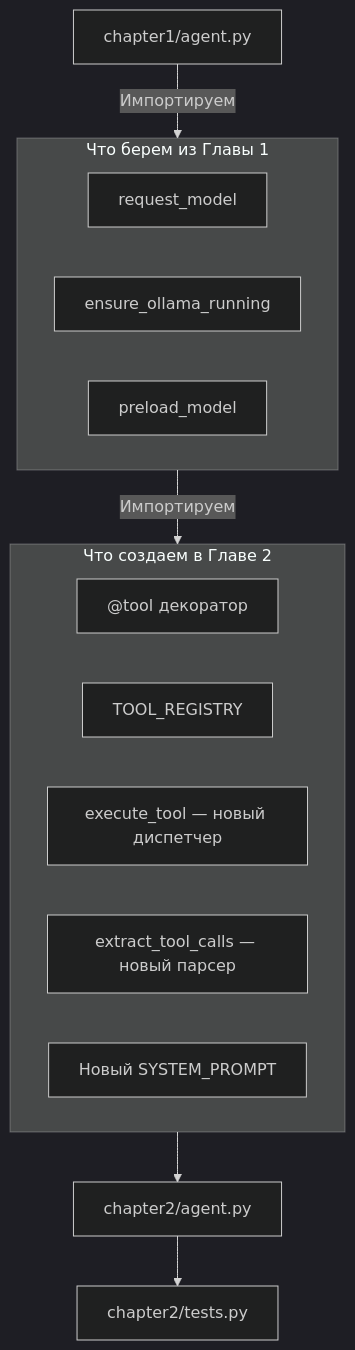
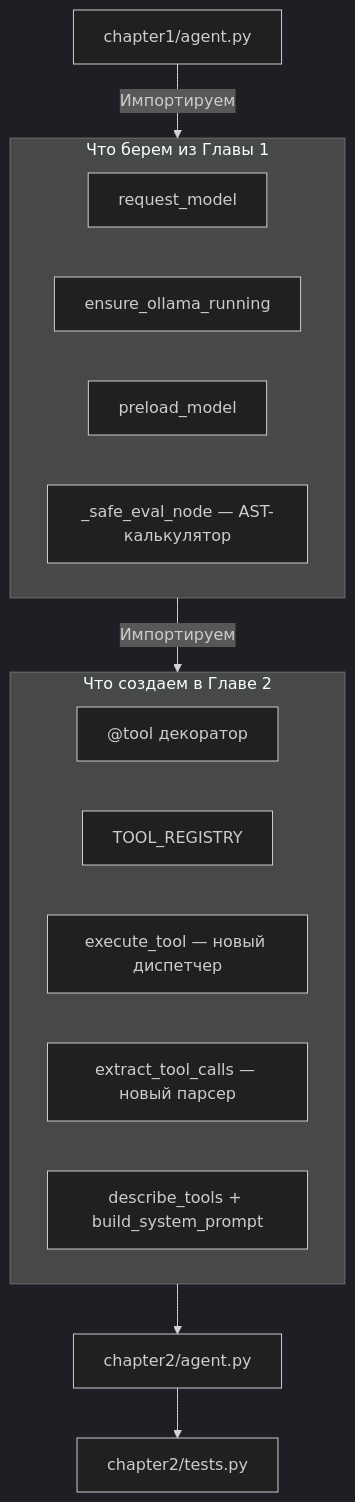
Before and after one commit to io982/firstAgent: the second of 2 diagrams in chapter2/README.md, drawn with Mermaid (dark theme). The commit also changed other lines of this file and 19 other files, not shown here.

````diff
--- a/chapter2/README.md
+++ b/chapter2/README.md
@@ -101,23 +136,24 @@
 ```mermaid
 graph TD
     A["chapter1/agent.py"] -->|Импортируем| GL1
     
     subgraph GL1["Что берем из Главы 1"]
         A1["request_model"]
         A2["ensure_ollama_running"]
         A3["preload_model"]
+        A4["_safe_eval_node — AST-калькулятор"]
     end
     
     GL1 -->|Импортируем| GL2
     
     subgraph GL2["Что создаем в Главе 2"]
         B1["@tool декоратор"]
         B2["TOOL_REGISTRY"]
         B3["execute_tool — новый диспетчер"]
         B4["extract_tool_calls — новый парсер"]
-        B5["Новый SYSTEM_PROMPT"]
+        B5["describe_tools + build_system_prompt"]
     end
     
     GL2 --> B["chapter2/agent.py"]
     B --> C["chapter2/tests.py"]
 ```
````
